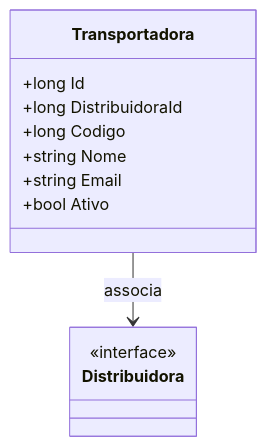
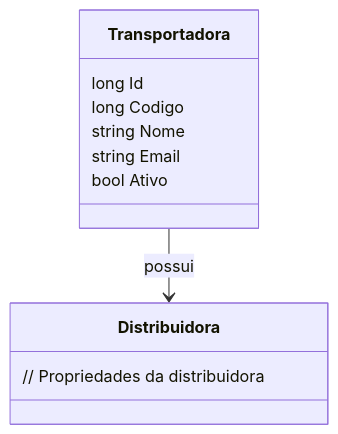
One commit to IsthmusSistemas/documentacao-tecnica changed the diagram in docs/b2b-dominio/IsthmusWinthor.Nucleo/IsthmusWinthor.Dominio/Entidades/Transportadora.md. Above: the diagram before and after it, drawn with Mermaid. The commit also changed other lines of this file and 882 other files, not shown here.

````diff
--- a/docs/b2b-dominio/IsthmusWinthor.Nucleo/IsthmusWinthor.Dominio/Entidades/Transportadora.md
+++ b/docs/b2b-dominio/IsthmusWinthor.Nucleo/IsthmusWinthor.Dominio/Entidades/Transportadora.md
@@ -21,15 +24,16 @@
 ```mermaid
 classDiagram
     class Transportadora {
-        +long Id
-        +long DistribuidoraId
-        +long Codigo
-        +string Nome
-        +string Email
-        +bool Ativo
+        long Id
+        long Codigo
+        string Nome
+        string Email
+        bool Ativo
     }
+    
     class Distribuidora {
-        <<interface>>
+        // Propriedades da distribuidora
     }
-    Transportadora --> Distribuidora : associa
+    
+    Transportadora --> Distribuidora : possui
 ```
````
